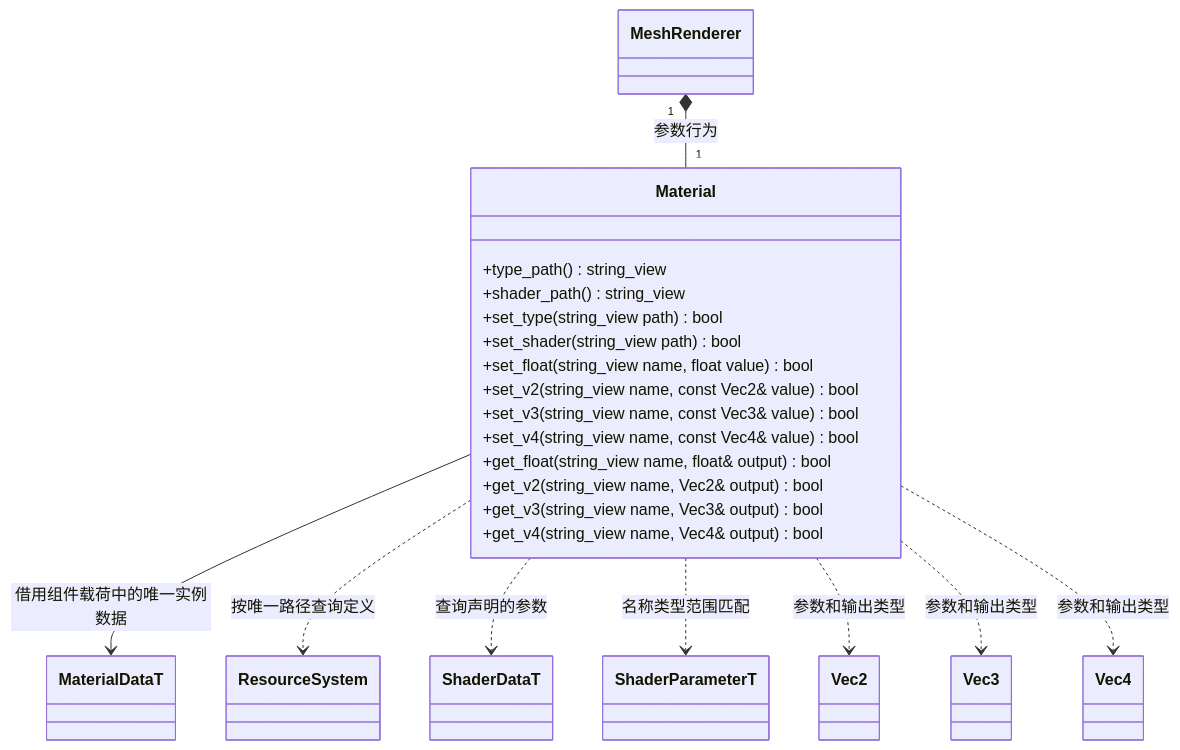
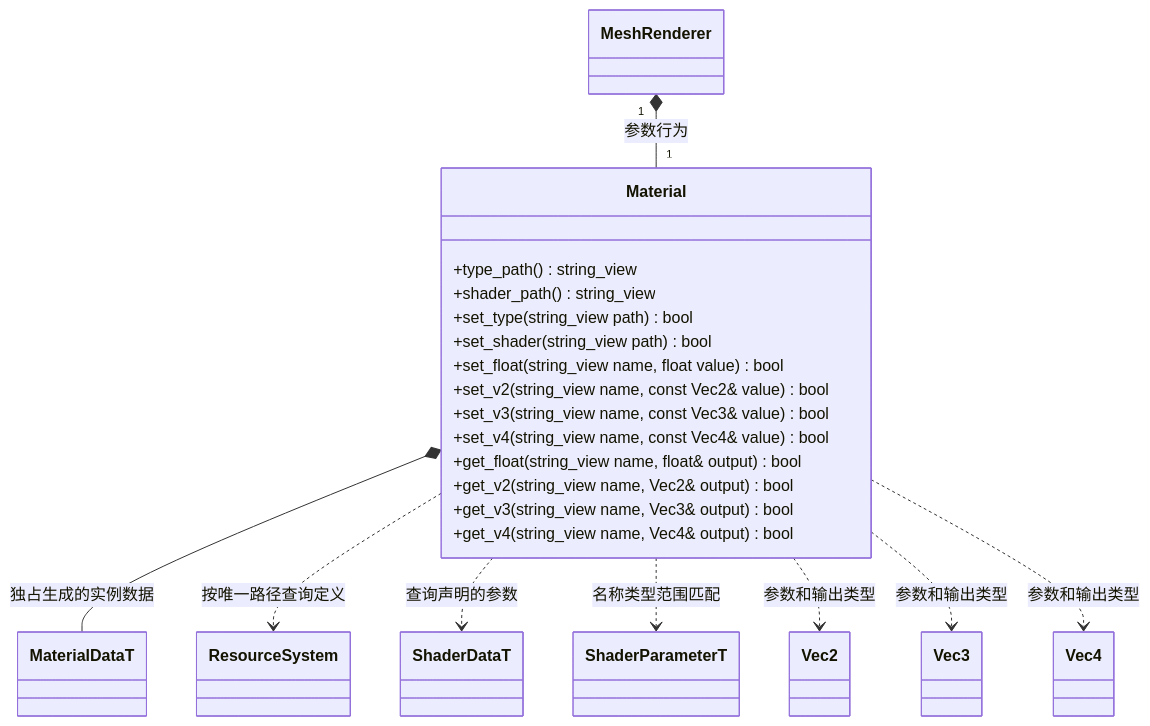
Before and after one commit to lcals/Engine: the diagram in docs/runtime/class-diagrams/material.md, drawn with Mermaid. The commit also changed other lines of this file and 114 other files, not shown here.

````diff
--- a/docs/runtime/class-diagrams/material.md
+++ b/docs/runtime/class-diagrams/material.md
@@ -5,33 +5,33 @@
 ```mermaid
 classDiagram
     class Material {
         +type_path() string_view
         +shader_path() string_view
         +set_type(string_view path) bool
         +set_shader(string_view path) bool
         +set_float(string_view name, float value) bool
         +set_v2(string_view name, const Vec2& value) bool
         +set_v3(string_view name, const Vec3& value) bool
         +set_v4(string_view name, const Vec4& value) bool
         +get_float(string_view name, float& output) bool
         +get_v2(string_view name, Vec2& output) bool
         +get_v3(string_view name, Vec3& output) bool
         +get_v4(string_view name, Vec4& output) bool
     }
     class MeshRenderer
     class ResourceSystem
     class MaterialDataT
     class ShaderDataT
     class ShaderParameterT
     class Vec2
     class Vec3
     class Vec4
     MeshRenderer "1" *-- "1" Material : 参数行为
-    Material --> MaterialDataT : 借用组件载荷中的唯一实例数据
+    Material *-- MaterialDataT : 独占生成的实例数据
     Material ..> ResourceSystem : 按唯一路径查询定义
     Material ..> ShaderDataT : 查询声明的参数
     Material ..> ShaderParameterT : 名称类型范围匹配
     Material ..> Vec2 : 参数和输出类型
     Material ..> Vec3 : 参数和输出类型
     Material ..> Vec4 : 参数和输出类型
 ```
````
